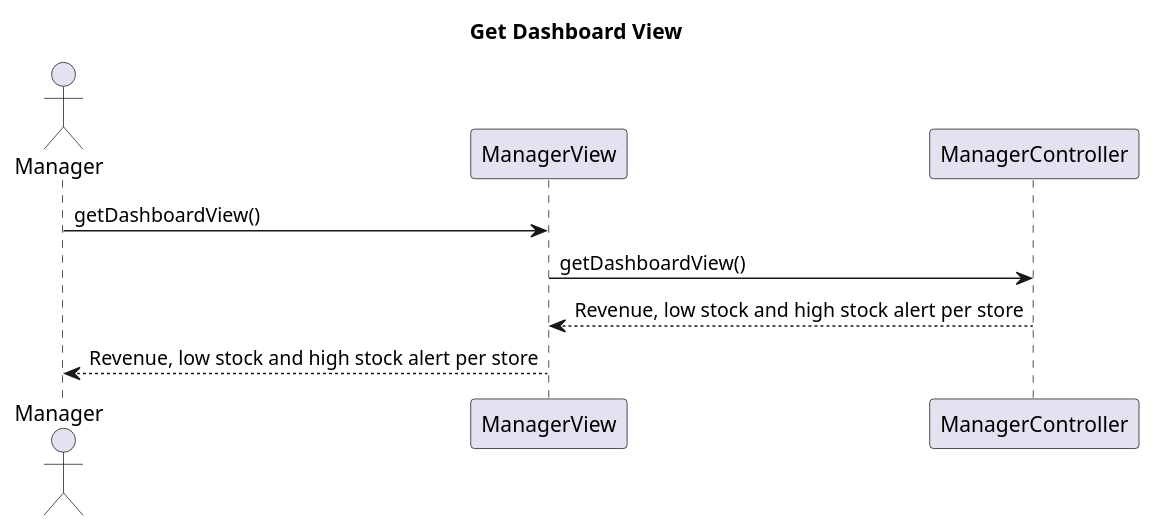
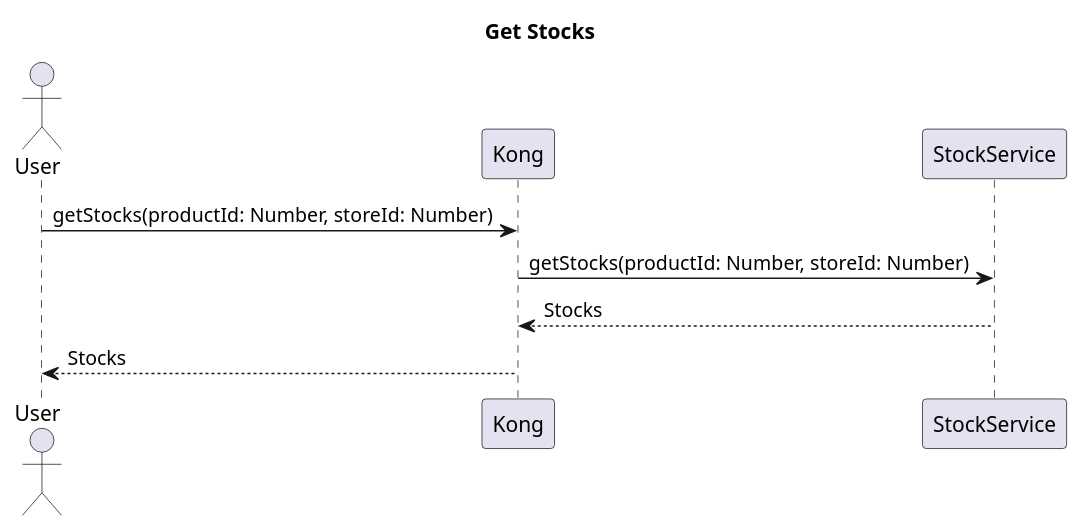
Diagram 20 of 20 in docs/rapport.md (ThePhobosDeimosSuite/laboratoire-0_log430), drawn with PlantUML before and after one commit. The commit also changed other lines of this file and 21 other files, not shown here.

```diff
--- a/docs/rapport.md
+++ b/docs/rapport.md
@@ -321,9 +619,9 @@
-@startuml get-dashboard-view
-title Get Dashboard View
-actor Manager
+@startuml get-stocks
+title Get Stocks
+actor User
 
-Manager -> ManagerView : getDashboardView()
-ManagerView -> ManagerController : getDashboardView()
-ManagerController --> ManagerView  : Revenue, low stock and high stock alert per store
-ManagerView --> Manager : Revenue, low stock and high stock alert per store
+User -> Kong : getStocks(productId: Number, storeId: Number)
+Kong -> StockService : getStocks(productId: Number, storeId: Number)
+StockService --> Kong : Stocks
+Kong --> User : Stocks
 @enduml
```
